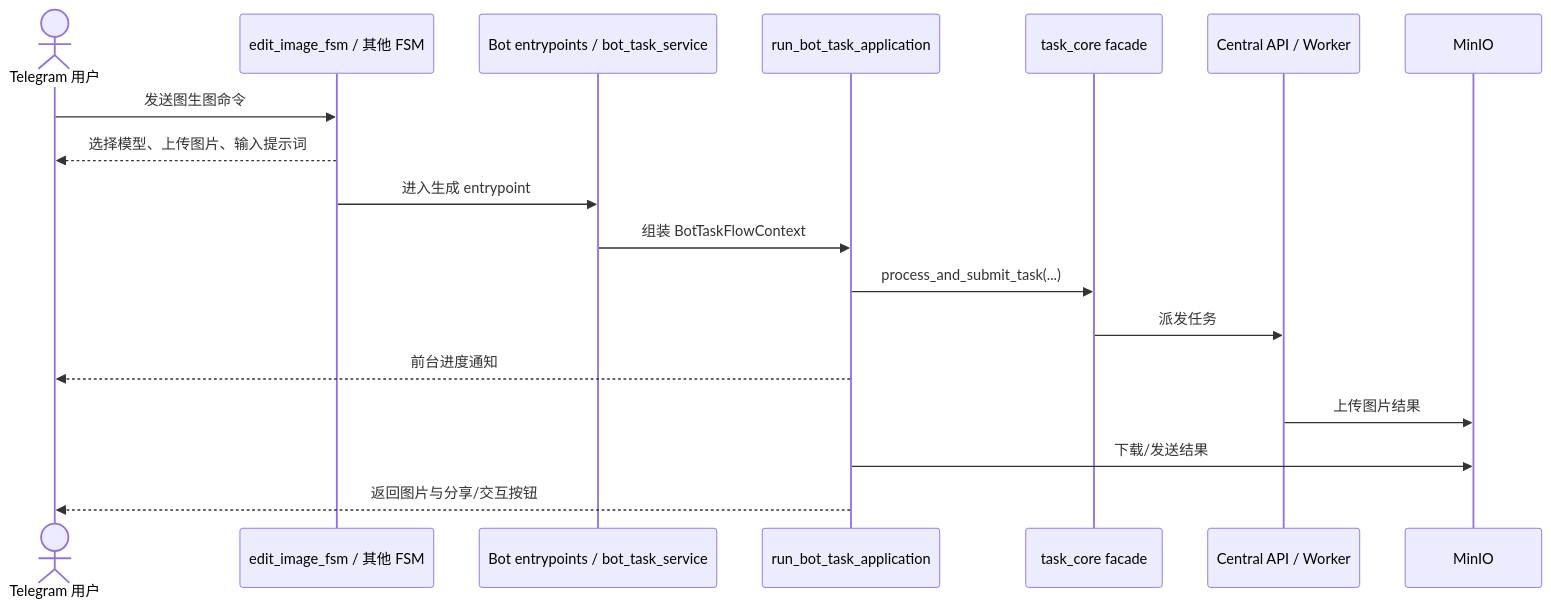
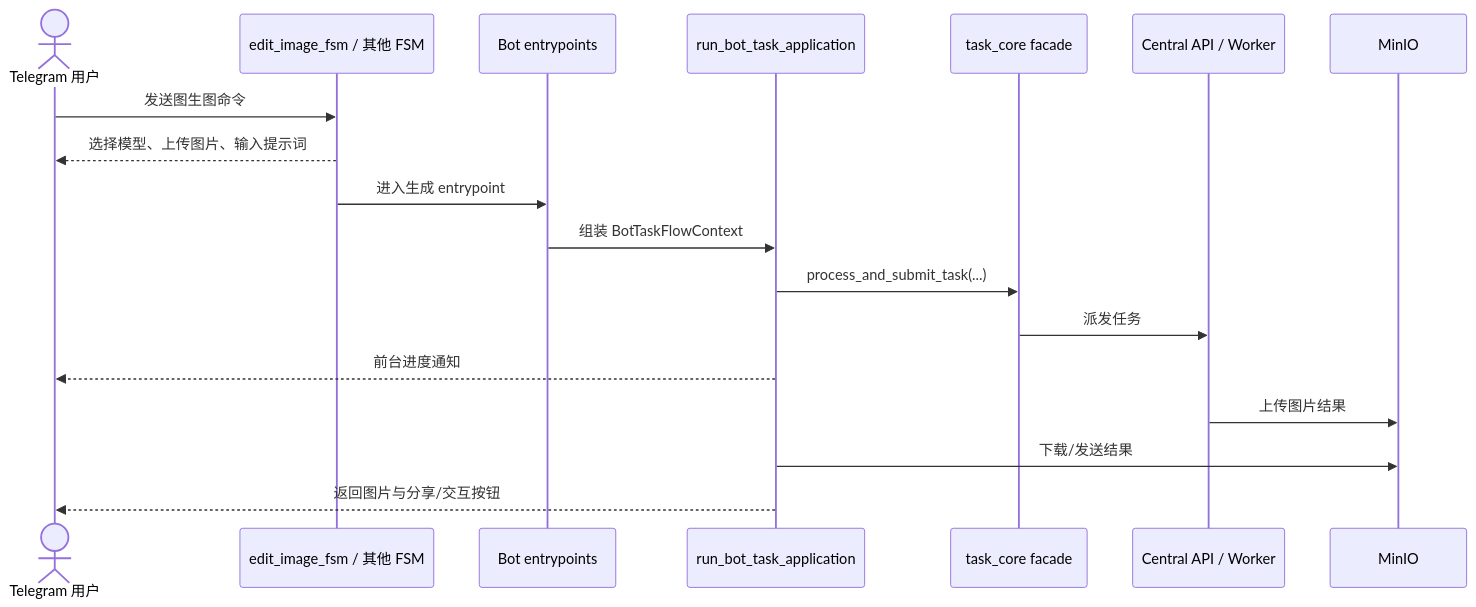
One commit to giraffu/All_bot changed the diagram in docs/business/image_to_image_flow.md. Above: the diagram before and after it, drawn with Mermaid. The commit also changed 24 other files, not shown here.

````diff
--- a/docs/business/image_to_image_flow.md
+++ b/docs/business/image_to_image_flow.md
@@ -7,21 +7,21 @@
 ```mermaid
 sequenceDiagram
     actor User as Telegram 用户
     participant FSM as edit_image_fsm / 其他 FSM
-    participant Entry as Bot entrypoints / bot_task_service
+    participant Entry as Bot entrypoints
     participant Flow as run_bot_task_application
     participant Core as task_core facade
     participant Backend as Central API / Worker
     participant Store as MinIO
 
     User->>FSM: 发送图生图命令
     FSM-->>User: 选择模型、上传图片、输入提示词
     FSM->>Entry: 进入生成 entrypoint
     Entry->>Flow: 组装 BotTaskFlowContext
     Flow->>Core: process_and_submit_task(...)
     Core->>Backend: 派发任务
     Flow-->>User: 前台进度通知
     Backend->>Store: 上传图片结果
     Flow->>Store: 下载/发送结果
     Flow-->>User: 返回图片与分享/交互按钮
 ```
````
